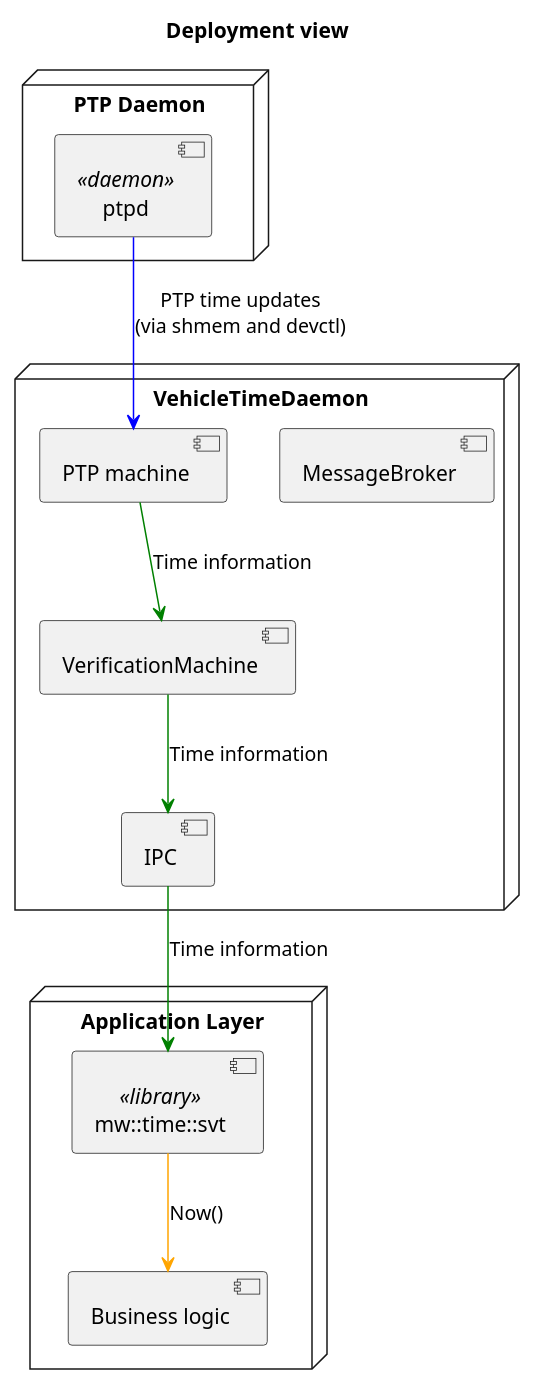
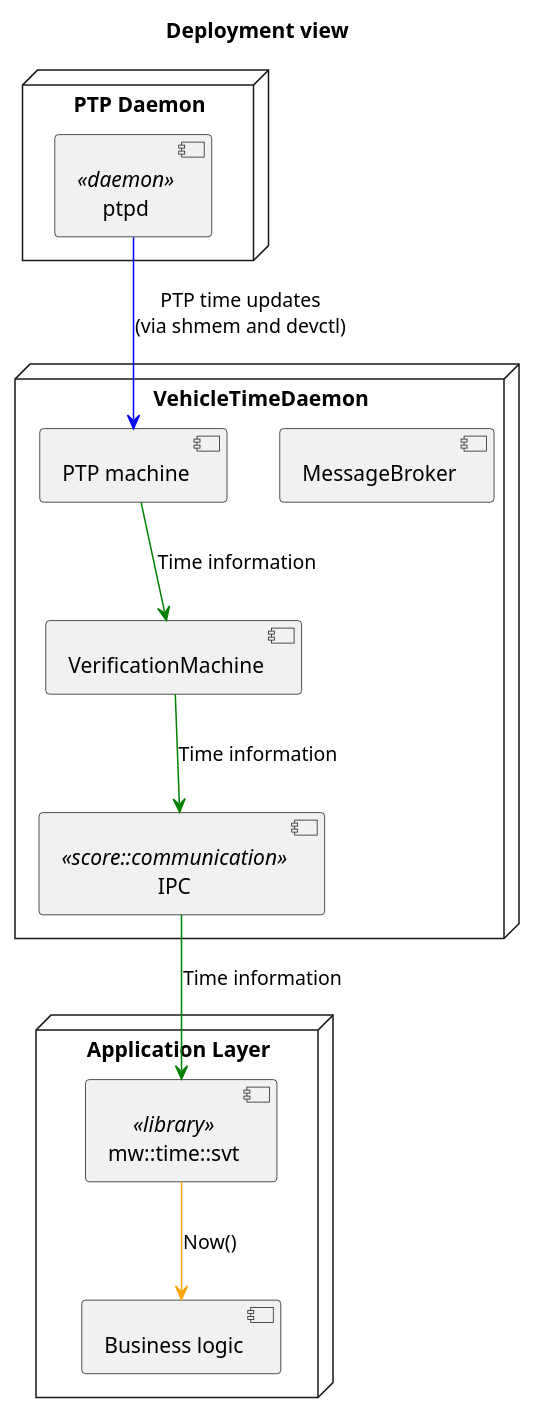
Before and after one commit to lavrovvalera/inc_time: the diagram in docs/time/_assets/dd_deployment.puml, drawn with PlantUML. The commit also changed 8 other files, not shown here.

```diff
--- a/docs/time/_assets/dd_deployment.puml
+++ b/docs/time/_assets/dd_deployment.puml
@@ -1,25 +1,25 @@
 @startuml dd_deployment_diagram
 
 title Deployment view
 
 node "Application Layer" {
     [Business logic] as app_bl
     [mw::time::svt] <<library>> as mw
 }
 node "PTP Daemon" {
     [ptpd] <<daemon>> as ptpd
 }
 node "VehicleTimeDaemon" {
     [MessageBroker]  as msg_broker
     [VerificationMachine]  as verification_machine
     [PTP machine] as ptp_machine
-    [IPC] as ipc
+    [IPC] <<score::communication>> as ipc
 }
 
 ptpd -[#blue]-> ptp_machine : PTP time updates\n(via shmem and devctl)
 ptp_machine -[#green]-> verification_machine: Time information
 verification_machine -[#green]-> ipc: Time information
 ipc -[#green]-> mw: Time information
 mw-[#orange]-> app_bl : Now()
 
 @enduml
```
